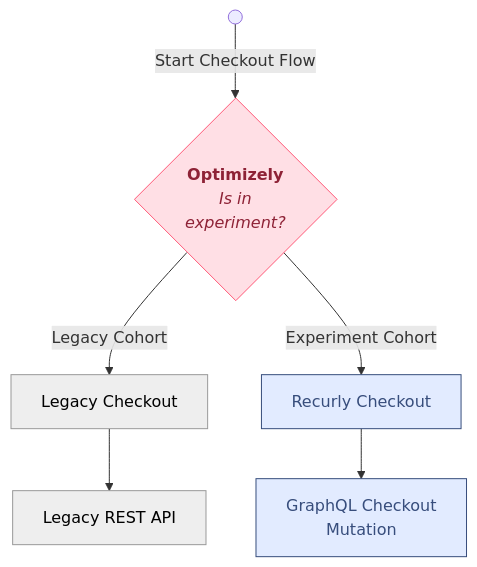
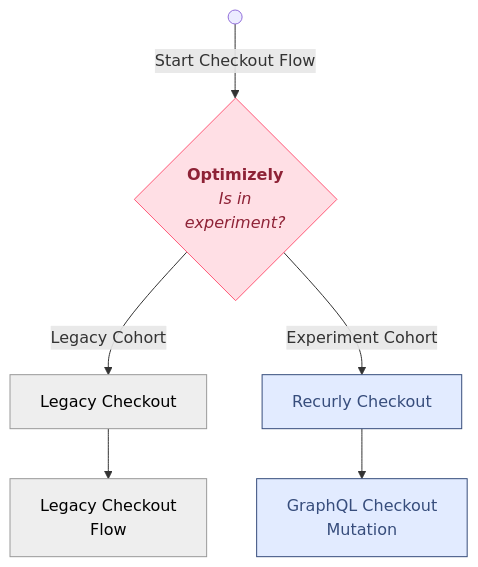
Before and after one commit to dzenyu/dzenyu.github.io: the first of 2 diagrams in _posts/2025-08-15-Large-Scale-Migrations-Without-Burnout.md, drawn with Mermaid. The commit also changed other lines of this file, not shown here.

Commit message:
Clarify legacy checkout flow and update vendor API limitations in migration documentation

````diff
--- a/_posts/2025-08-15-Large-Scale-Migrations-Without-Burnout.md
+++ b/_posts/2025-08-15-Large-Scale-Migrations-Without-Burnout.md
@@ -103,19 +103,19 @@
 ```mermaid
 flowchart TD
     U["Users"] -- Start Checkout Flow --> O["<b>Optimizely</b><br><i>Is in<br>experiment?</i>"]
     O -- Legacy Cohort --> L["Legacy Checkout"]
     O -- Experiment Cohort --> R["Recurly Checkout"]
-    L --> E["Legacy REST API"]
+    L --> E["Legacy Checkout<br/>Flow"]
     R --> D["GraphQL Checkout<br>Mutation"]
 
     U@{ shape: start}
     O@{ shape: diam}
      O:::Rose
      L:::Ash
      R:::Sky
      E:::Ash
      D:::Sky
     classDef Ash stroke-width:1px, stroke-dasharray:none, stroke:#999999, fill:#EEEEEE, color:#000000
     classDef Sky stroke-width:1px, stroke-dasharray:none, stroke:#374D7C, fill:#E2EBFF, color:#374D7C
     classDef Rose stroke-width:1px, stroke-dasharray:none, stroke:#FF5978, fill:#FFDFE5, color:#8E2236
 ```
````
